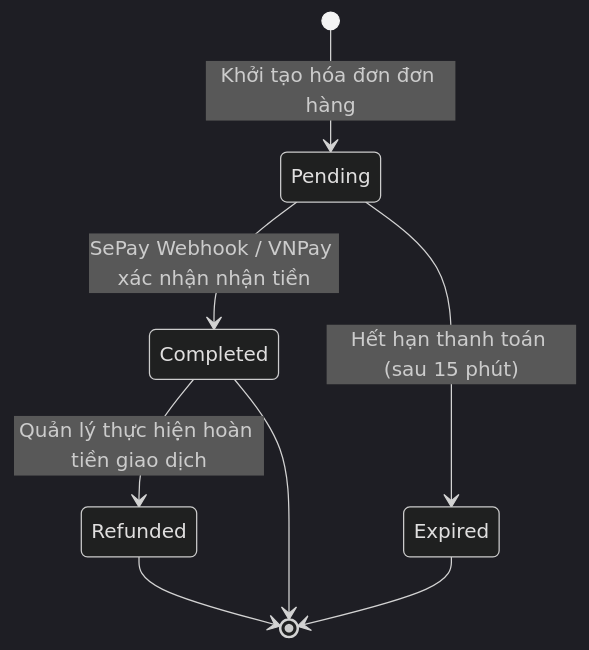
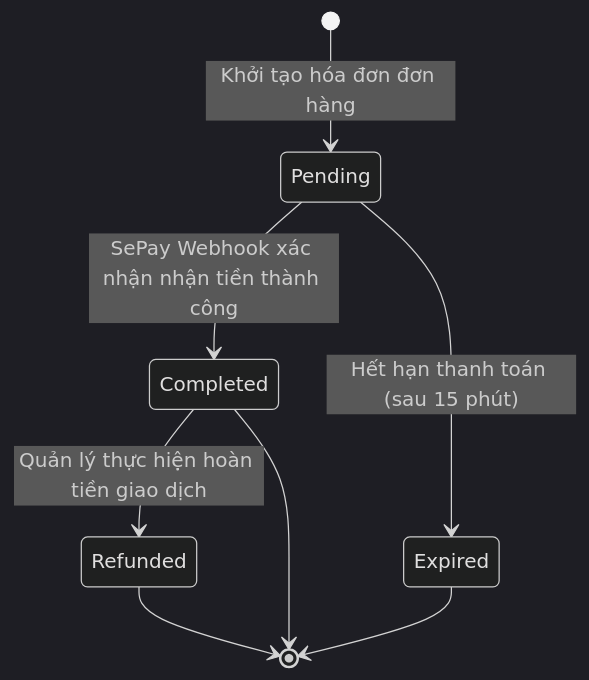
The seventh of 7 diagrams in docs/SWP391_SRS_Template2_Document.md (LeHoangLong2004/Sport_Center), drawn with Mermaid (dark theme) before and after one commit. The commit also changed other lines of this file and 18 other files, not shown here.

````diff
--- a/docs/SWP391_SRS_Template2_Document.md
+++ b/docs/SWP391_SRS_Template2_Document.md
@@ -368,10 +368,10 @@
 ```mermaid
 stateDiagram-v2
     [*] --> Pending : Khởi tạo hóa đơn đơn hàng
-    Pending --> Completed : SePay Webhook / VNPay xác nhận nhận tiền
+    Pending --> Completed : SePay Webhook xác nhận nhận tiền thành công
     Pending --> Expired : Hết hạn thanh toán (sau 15 phút)
     Completed --> Refunded : Quản lý thực hiện hoàn tiền giao dịch
     Completed --> [*]
     Expired --> [*]
     Refunded --> [*]
 ```
````
